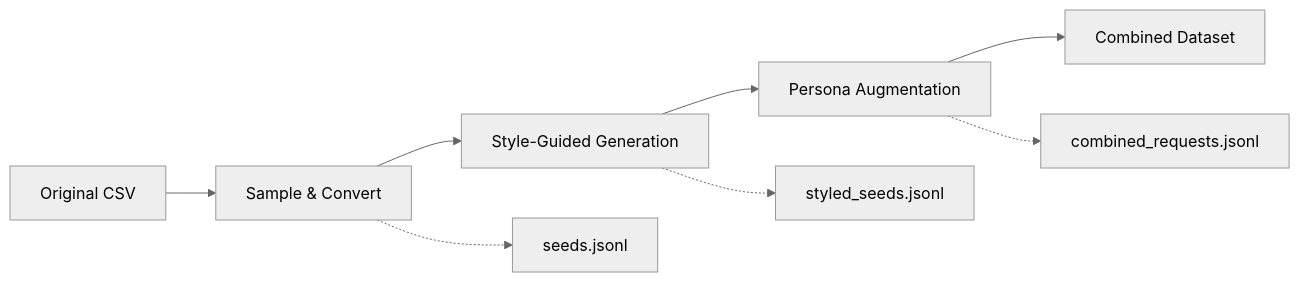
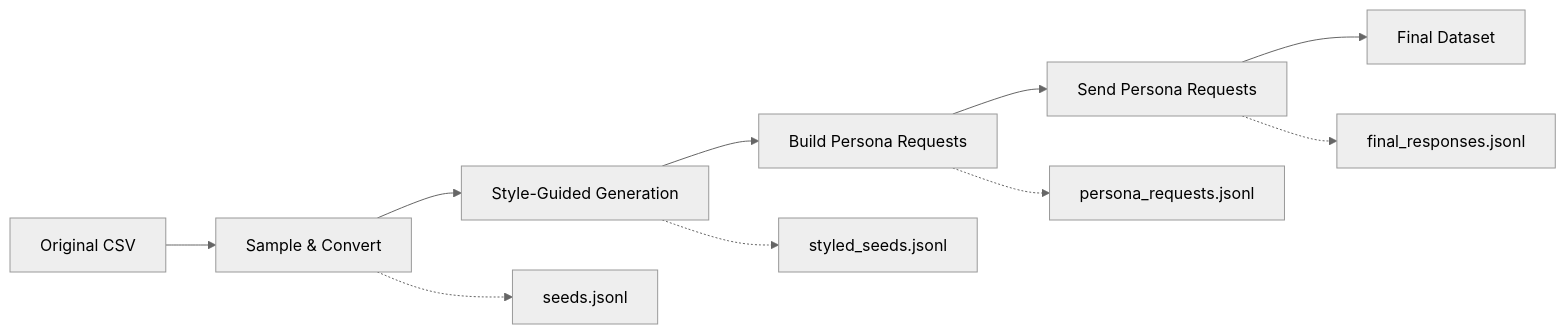
Before and after one commit to aiqicheng/Synthetic-Arabic-Data: the diagram in STYLE_PERSONA_WORKFLOW_GUIDE.md, drawn with Mermaid (neutral theme). The commit also changed other lines of this file and 6 other files, not shown here.

````diff
--- a/STYLE_PERSONA_WORKFLOW_GUIDE.md
+++ b/STYLE_PERSONA_WORKFLOW_GUIDE.md
@@ -11,11 +11,13 @@
 ```mermaid
 graph LR
     A[Original CSV] --> B[Sample & Convert]
     B --> C[Style-Guided Generation]
-    C --> D[Persona Augmentation]
-    D --> E[Combined Dataset]
+    C --> D[Build Persona Requests]
+    D --> E[Send Persona Requests]
+    E --> F[Final Dataset]
     
-    B -.-> F[seeds.jsonl]
-    C -.-> G[styled_seeds.jsonl]
-    D -.-> H[combined_requests.jsonl]
+    B -.-> G[seeds.jsonl]
+    C -.-> H[styled_seeds.jsonl]
+    D -.-> I[persona_requests.jsonl]
+    E -.-> J[final_responses.jsonl]
 ```
````
